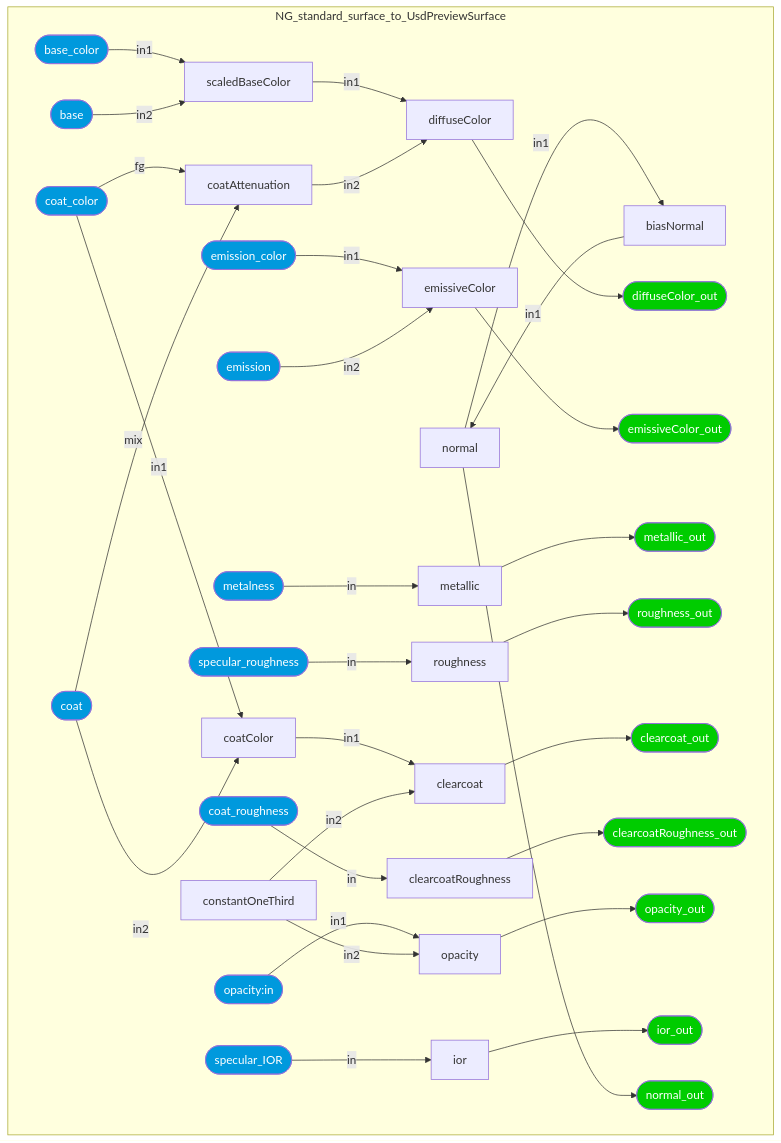
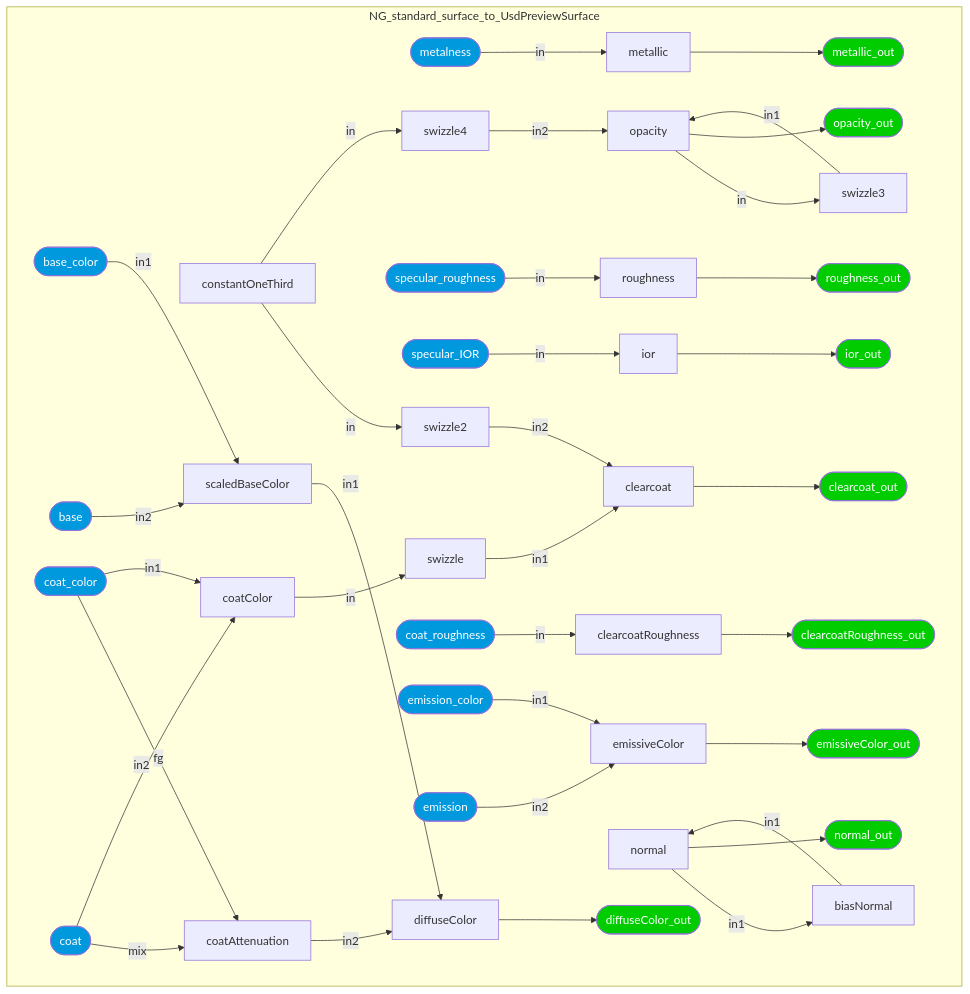
Diagram 36 of 36 in documents/definitions/bxdf_doc.md (kwokcb/MaterialX_Learn), drawn with Mermaid before and after one commit. The commit also changed other lines of this file and 934 other files, not shown here.

```diff
--- a/documents/definitions/bxdf_doc.md
+++ b/documents/definitions/bxdf_doc.md
@@ -3471,9 +3466,13 @@
     NG_standard_surface_to_UsdPreviewSurface_roughness[roughness]
     NG_standard_surface_to_UsdPreviewSurface_ior[ior]
     NG_standard_surface_to_UsdPreviewSurface_coatColor[coatColor]
+    NG_standard_surface_to_UsdPreviewSurface_swizzle[swizzle]
+    NG_standard_surface_to_UsdPreviewSurface_swizzle2[swizzle2]
     NG_standard_surface_to_UsdPreviewSurface_clearcoat[clearcoat]
     NG_standard_surface_to_UsdPreviewSurface_clearcoatRoughness[clearcoatRoughness]
     NG_standard_surface_to_UsdPreviewSurface_emissiveColor[emissiveColor]
+    NG_standard_surface_to_UsdPreviewSurface_swizzle3[swizzle3]
+    NG_standard_surface_to_UsdPreviewSurface_swizzle4[swizzle4]
     NG_standard_surface_to_UsdPreviewSurface_opacity[opacity]
     NG_standard_surface_to_UsdPreviewSurface_biasNormal[biasNormal]
     NG_standard_surface_to_UsdPreviewSurface_normal[normal]
@@ -3515,8 +3514,6 @@
     NG_standard_surface_to_UsdPreviewSurface_emission_color([emission_color])
     style NG_standard_surface_to_UsdPreviewSurface_emission  fill:#09D, color:#FFF
     NG_standard_surface_to_UsdPreviewSurface_emission([emission])
-    style NG_standard_surface_to_UsdPreviewSurface_opacity:in  fill:#09D, color:#FFF
-    NG_standard_surface_to_UsdPreviewSurface_opacity:in([opacity:in])
     end
     NG_standard_surface_to_UsdPreviewSurface_metalness --"in"--> NG_standard_surface_to_UsdPreviewSurface_metallic
     NG_standard_surface_to_UsdPreviewSurface_base_color --"in1"--> NG_standard_surface_to_UsdPreviewSurface_scaledBaseColor
@@ -3529,13 +3526,17 @@
     NG_standard_surface_to_UsdPreviewSurface_specular_IOR --"in"--> NG_standard_surface_to_UsdPreviewSurface_ior
     NG_standard_surface_to_UsdPreviewSurface_coat_color --"in1"--> NG_standard_surface_to_UsdPreviewSurface_coatColor
     NG_standard_surface_to_UsdPreviewSurface_coat --"in2"--> NG_standard_surface_to_UsdPreviewSurface_coatColor
-    NG_standard_surface_to_UsdPreviewSurface_coatColor --"in1"--> NG_standard_surface_to_UsdPreviewSurface_clearcoat
-    NG_standard_surface_to_UsdPreviewSurface_constantOneThird --"in2"--> NG_standard_surface_to_UsdPreviewSurface_clearcoat
+    NG_standard_surface_to_UsdPreviewSurface_coatColor --"in"--> NG_standard_surface_to_UsdPreviewSurface_swizzle
+    NG_standard_surface_to_UsdPreviewSurface_constantOneThird --"in"--> NG_standard_surface_to_UsdPreviewSurface_swizzle2
+    NG_standard_surface_to_UsdPreviewSurface_swizzle --"in1"--> NG_standard_surface_to_UsdPreviewSurface_clearcoat
+    NG_standard_surface_to_UsdPreviewSurface_swizzle2 --"in2"--> NG_standard_surface_to_UsdPreviewSurface_clearcoat
     NG_standard_surface_to_UsdPreviewSurface_coat_roughness --"in"--> NG_standard_surface_to_UsdPreviewSurface_clearcoatRoughness
     NG_standard_surface_to_UsdPreviewSurface_emission_color --"in1"--> NG_standard_surface_to_UsdPreviewSurface_emissiveColor
     NG_standard_surface_to_UsdPreviewSurface_emission --"in2"--> NG_standard_surface_to_UsdPreviewSurface_emissiveColor
-    NG_standard_surface_to_UsdPreviewSurface_opacity:in --"in1"--> NG_standard_surface_to_UsdPreviewSurface_opacity
-    NG_standard_surface_to_UsdPreviewSurface_constantOneThird --"in2"--> NG_standard_surface_to_UsdPreviewSurface_opacity
+    NG_standard_surface_to_UsdPreviewSurface_opacity --"in"--> NG_standard_surface_to_UsdPreviewSurface_swizzle3
+    NG_standard_surface_to_UsdPreviewSurface_constantOneThird --"in"--> NG_standard_surface_to_UsdPreviewSurface_swizzle4
+    NG_standard_surface_to_UsdPreviewSurface_swizzle3 --"in1"--> NG_standard_surface_to_UsdPreviewSurface_opacity
+    NG_standard_surface_to_UsdPreviewSurface_swizzle4 --"in2"--> NG_standard_surface_to_UsdPreviewSurface_opacity
     NG_standard_surface_to_UsdPreviewSurface_normal --"in1"--> NG_standard_surface_to_UsdPreviewSurface_biasNormal
     NG_standard_surface_to_UsdPreviewSurface_biasNormal --"in1"--> NG_standard_surface_to_UsdPreviewSurface_normal
     NG_standard_surface_to_UsdPreviewSurface_diffuseColor --> NG_standard_surface_to_UsdPreviewSurface_diffuseColor_out
```
